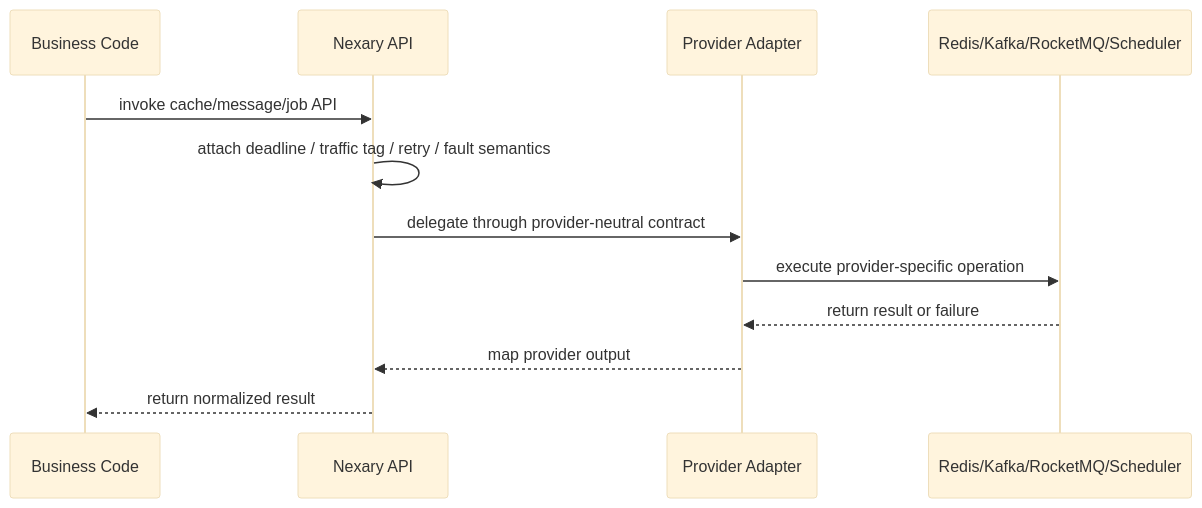
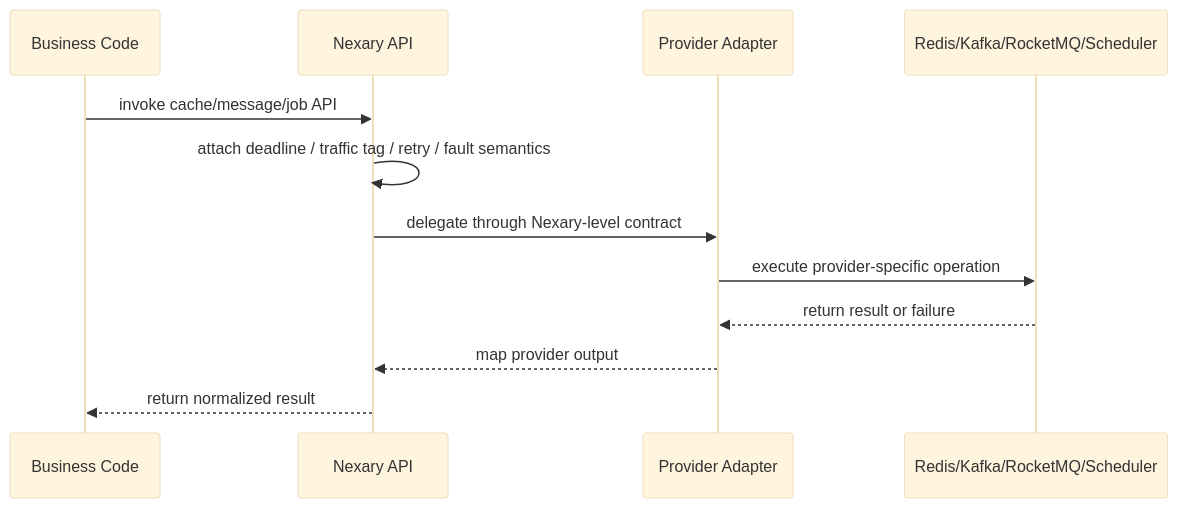
Before and after one commit to lxil520/nexary: the third of 3 diagrams in docs/en/architecture.md, drawn with Mermaid (base theme). The commit also changed other lines of this file and 231 other files, not shown here.

````diff
--- a/docs/en/architecture.md
+++ b/docs/en/architecture.md
@@ -89,15 +89,15 @@
 ```mermaid
 sequenceDiagram
     participant App as Business Code
     participant API as Nexary API
     participant Adapter as Provider Adapter
     participant Provider as Redis/Kafka/RocketMQ/Scheduler
 
     App->>API: invoke cache/message/job API
     API->>API: attach deadline / traffic tag / retry / fault semantics
-    API->>Adapter: delegate through provider-neutral contract
+    API->>Adapter: delegate through Nexary-level contract
     Adapter->>Provider: execute provider-specific operation
     Provider-->>Adapter: return result or failure
     Adapter-->>API: map provider output
     API-->>App: return normalized result
 ```
````
